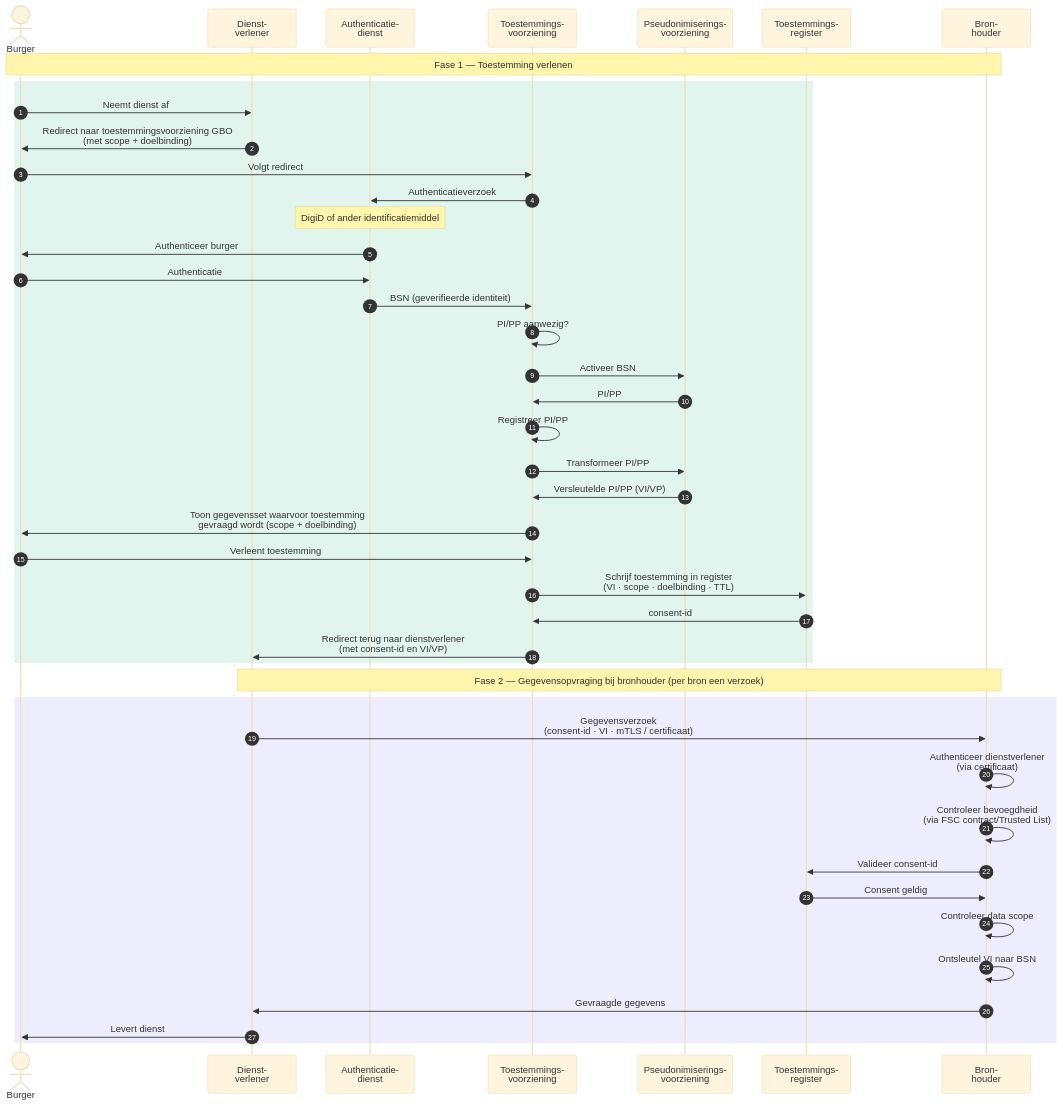
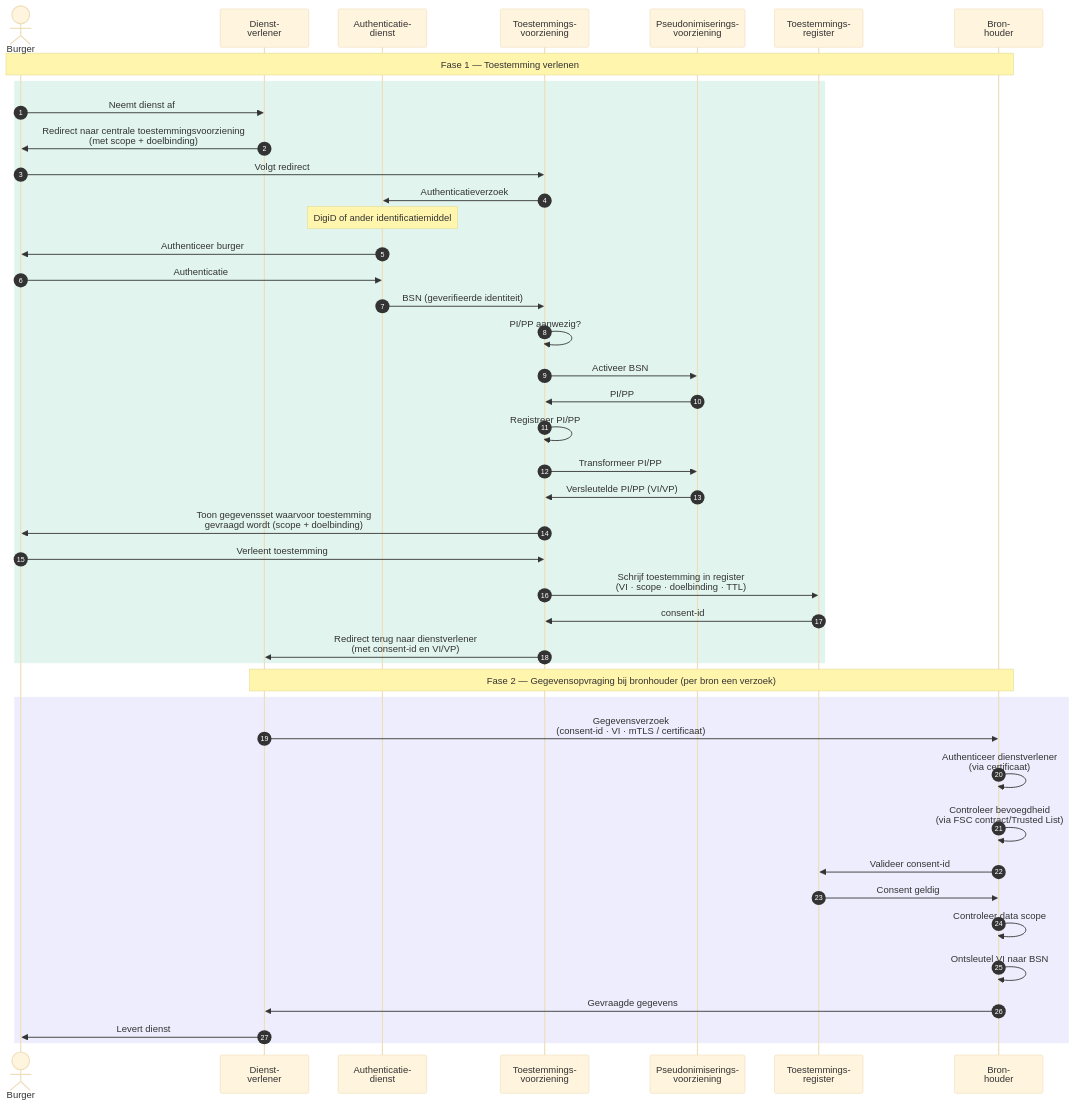
The diagram in docs/diagrammen/interactiepatroon-PP-haalt-gegevens-op.mmd (ICTU/GBO-GO), drawn with Mermaid before and after one commit. The commit also changed 9 other files, not shown here.

```diff
--- a/docs/diagrammen/interactiepatroon-PP-haalt-gegevens-op.mmd
+++ b/docs/diagrammen/interactiepatroon-PP-haalt-gegevens-op.mmd
@@ -1,58 +1,58 @@
 %%{
   init: {
     'theme': 'base',
     'themeVariables': {
       'darkMode': false,
       'background': '#FFFFFF',
       'edgeLabelBackground': '#FFFFFF'
     },
     'themeCSS': 'svg, .mermaid, #mermaid-svg, .mermaid > svg { background-color: #FFFFFF !important; background: #FFFFFF !important; } @media (prefers-color-scheme: dark) { svg, .mermaid, #mermaid-svg, .mermaid > svg { background-color: #FFFFFF !important; background: #FFFFFF !important; } }'
   }
 }%%
 sequenceDiagram
     autonumber
     actor Burger
     participant DV as Dienst-<br/>verlener
     participant Auth as Authenticatie-<br/>dienst
     participant TV as Toestemmings-<br/>voorziening
     participant PP as Pseudonimiserings-<br/>voorziening
     participant TR as Toestemmings-<br/>register
     participant BRH as Bron-<br/>houder
 
     Note over Burger,BRH: Fase 1 — Toestemming verlenen
 
     rect rgb(225, 245, 238)
         Burger->>DV: Neemt dienst af
-        DV->>Burger: Redirect naar toestemmingsvoorziening GBO<br/>(met scope + doelbinding)
+        DV->>Burger: Redirect naar centrale toestemmingsvoorziening<br/>(met scope + doelbinding)
         Burger->>TV: Volgt redirect
         TV->>Auth: Authenticatieverzoek
         Note over Auth: DigiD of ander identificatiemiddel
         Auth->>Burger: Authenticeer burger
         Burger->>Auth: Authenticatie
         Auth->>TV: BSN (geverifieerde identiteit)
         TV->>TV: PI/PP aanwezig?
         TV->>PP: Activeer BSN
         PP->>TV: PI/PP
         TV->>TV: Registreer PI/PP
         TV->>PP: Transformeer PI/PP
         PP->>TV: Versleutelde PI/PP (VI/VP)
         TV->>Burger: Toon gegevensset waarvoor toestemming<br/>gevraagd wordt (scope + doelbinding)
         Burger->>TV: Verleent toestemming
         TV->>TR: Schrijf toestemming in register<br/>(VI · scope · doelbinding · TTL)
         TR->>TV: consent-id
         TV->>DV: Redirect terug naar dienstverlener<br/>(met consent-id en VI/VP)
     end
 
     Note over DV,BRH: Fase 2 — Gegevensopvraging bij bronhouder (per bron een verzoek)
 
     rect rgb(238, 237, 254)
         DV->>BRH: Gegevensverzoek<br/>(consent-id · VI · mTLS / certificaat)
         BRH->>BRH: Authenticeer dienstverlener<br />(via certificaat)
         BRH->>BRH: Controleer bevoegdheid<br />(via FSC contract/Trusted List)
         BRH->>TR: Valideer consent-id
         TR->>BRH: Consent geldig
         BRH->>BRH: Controleer data scope
         BRH->>BRH: Ontsleutel VI naar BSN
         BRH->>DV: Gevraagde gegevens
         DV->>Burger: Levert dienst
     end
```
